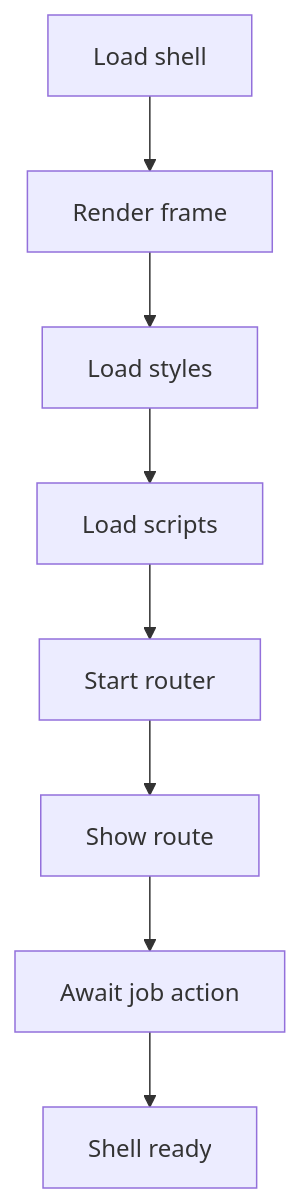
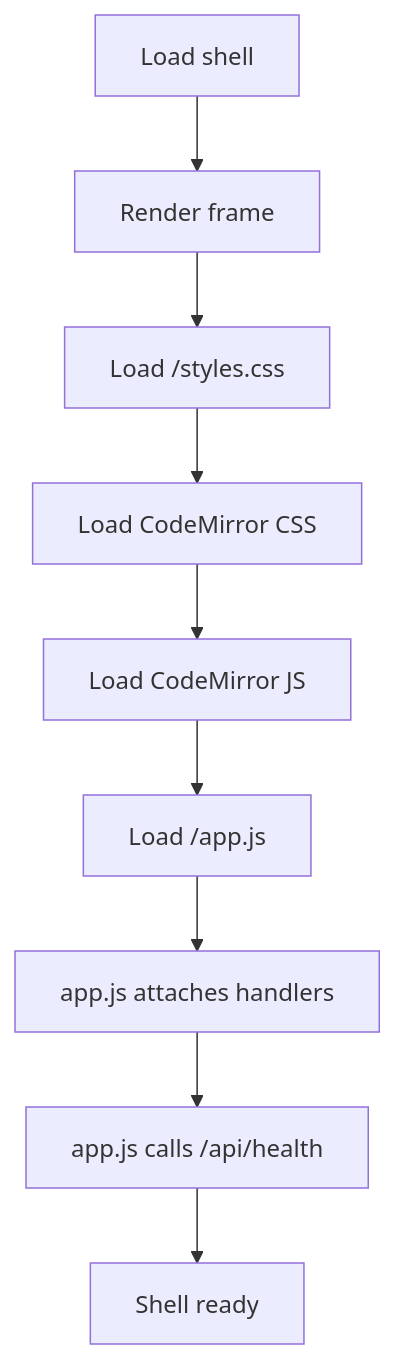
Before and after one commit to JohnAndrewBalbarosa/NeoTerritory: the diagram in docs/Codebase/Frontend/index.html.md, drawn with Mermaid. The commit also changed other lines of this file and 717 other files, not shown here.

````diff
--- a/docs/Codebase/Frontend/index.html.md
+++ b/docs/Codebase/Frontend/index.html.md
@@ -21,18 +21,20 @@
 ```mermaid
 flowchart TD
     Start["Load shell"]
     N0["Render frame"]
-    N1["Load styles"]
-    N2["Load scripts"]
-    N3["Start router"]
-    N4["Show route"]
-    N5["Await job action"]
+    N1["Load /styles.css"]
+    N2["Load CodeMirror CSS"]
+    N3["Load CodeMirror JS"]
+    N4["Load /app.js"]
+    N5["app.js attaches handlers"]
+    N6["app.js calls /api/health"]
     End["Shell ready"]
     Start --> N0
     N0 --> N1
     N1 --> N2
     N2 --> N3
     N3 --> N4
     N4 --> N5
-    N5 --> End
+    N5 --> N6
+    N6 --> End
 ```
````
